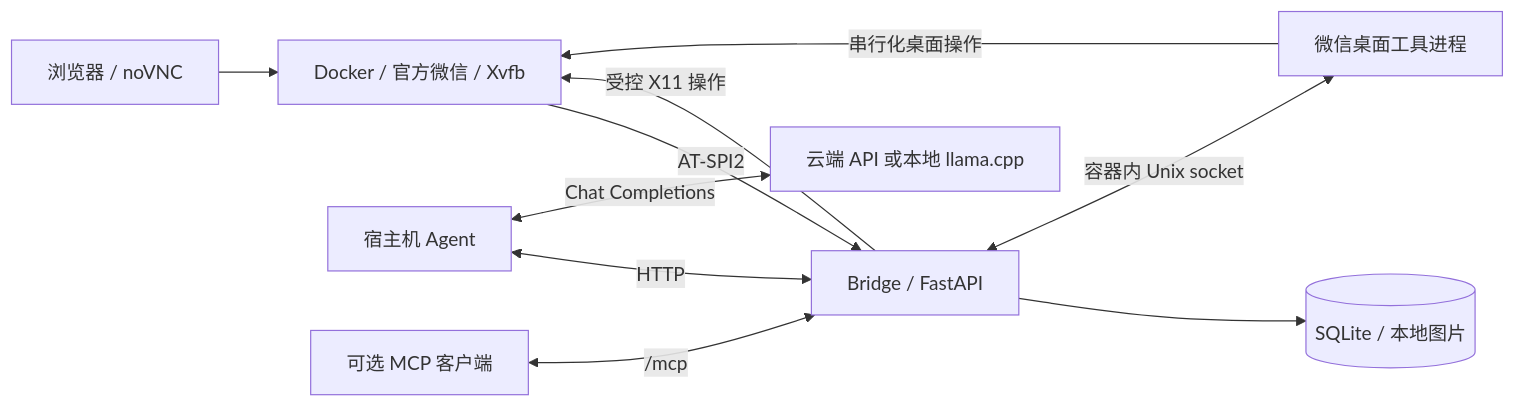
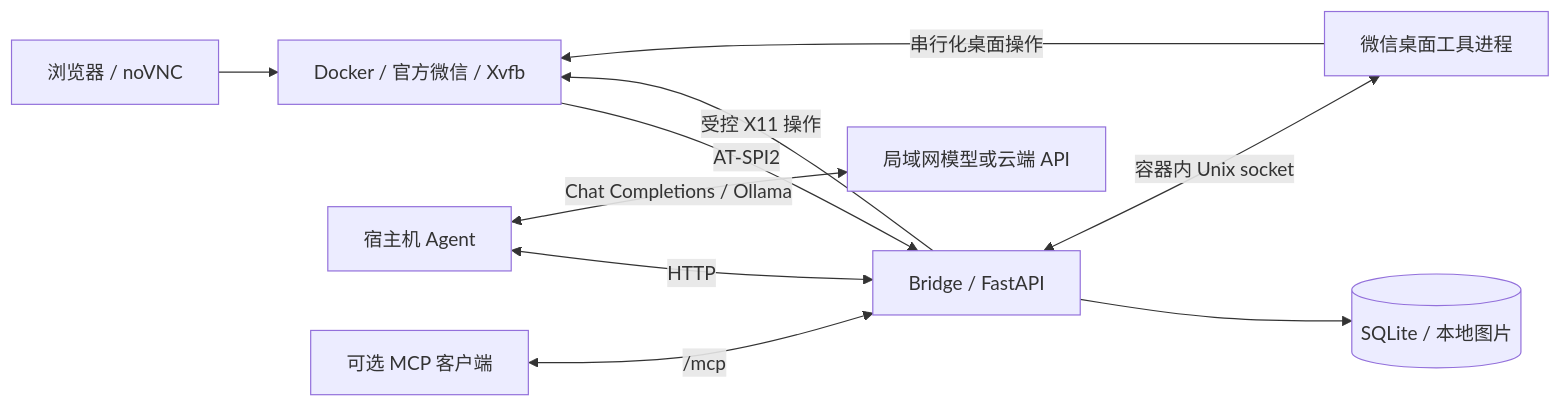
Before and after one commit to MyouKin/Agent-Accessible-Wechat: the diagram in README.md, drawn with Mermaid. The commit also changed other lines of this file and 3 other files, not shown here.

````diff
--- a/README.md
+++ b/README.md
@@ -9,12 +9,12 @@
 ```mermaid
 flowchart LR
     V["浏览器 / noVNC"] --> W["Docker / 官方微信 / Xvfb"]
     W -->|AT-SPI2| B["Bridge / FastAPI"]
     B -->|受控 X11 操作| W
     B --> D[("SQLite / 本地图片")]
     A["宿主机 Agent"] <-->|HTTP| B
-    A <-->|Chat Completions| L["云端 API 或本地 llama.cpp"]
+    A <-->|Chat Completions / Ollama| L["局域网模型或云端 API"]
     M["可选 MCP 客户端"] <-->|/mcp| B
     B <-->|容器内 Unix socket| T["微信桌面工具进程"]
     T -->|串行化桌面操作| W
 ```
````
